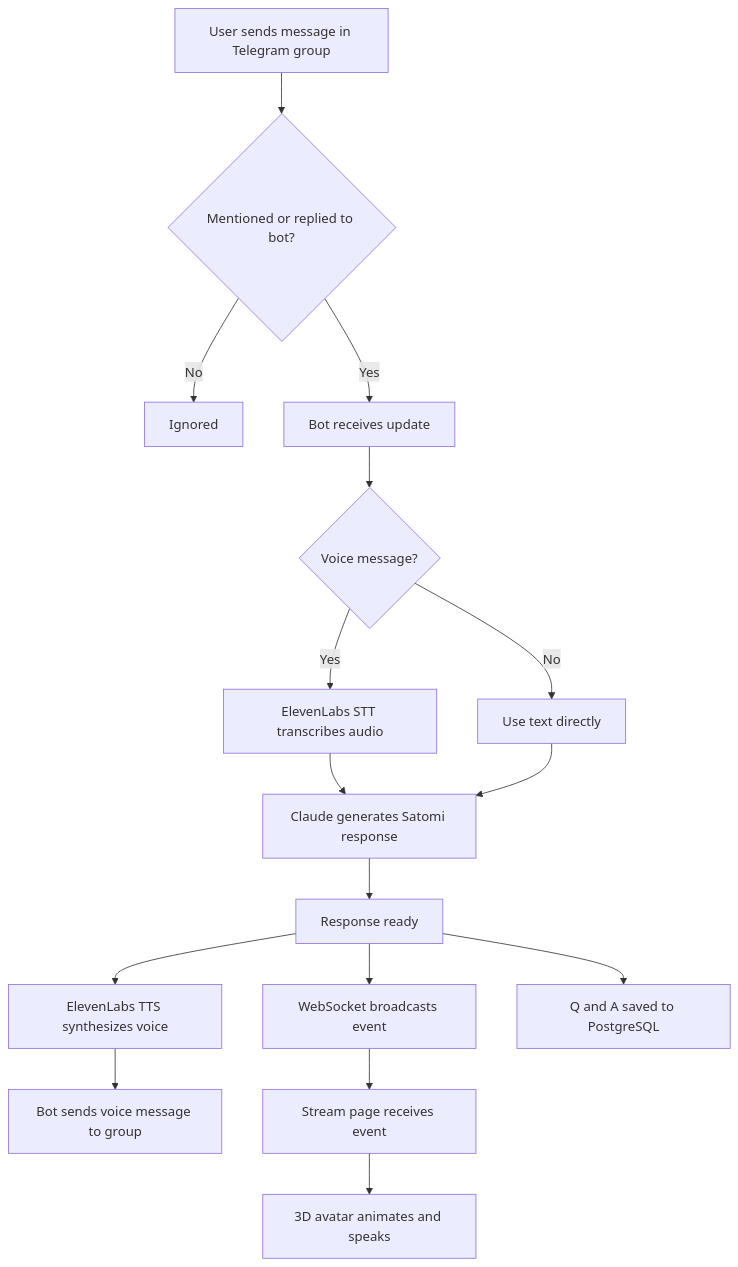
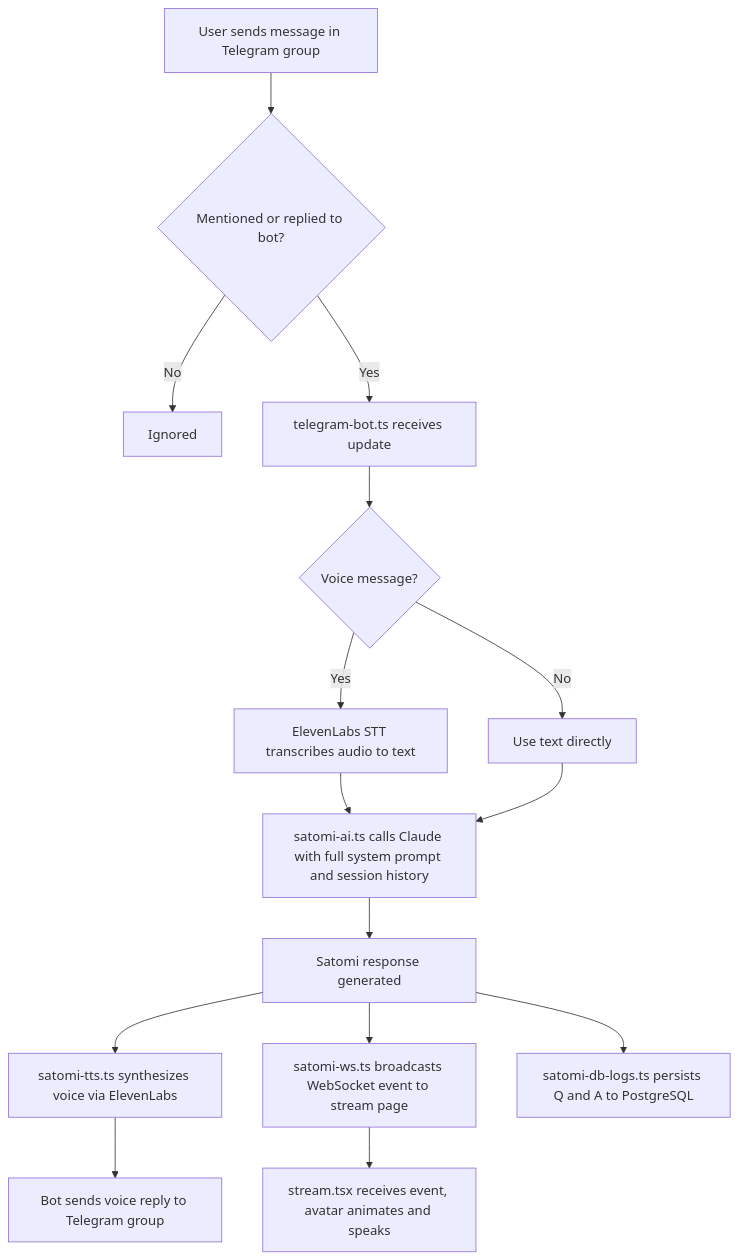
Before and after one commit to satominakamichi/.github: the first of 3 diagrams in profile/README.md, drawn with Mermaid. The commit also changed other lines of this file, not shown here.

Commit message:
update profile: detailed README with full architecture, features, and deployment docs

````diff
--- a/profile/README.md
+++ b/profile/README.md
@@ -23,18 +31,17 @@
   ```mermaid
   flowchart TD
       A[User sends message in Telegram group] --> B{Mentioned or replied to bot?}
       B -- No --> Z[Ignored]
-      B -- Yes --> C[Bot receives update]
+      B -- Yes --> C[telegram-bot.ts receives update]
       C --> D{Voice message?}
-      D -- Yes --> E[ElevenLabs STT transcribes audio]
+      D -- Yes --> E[ElevenLabs STT transcribes audio to text]
       D -- No --> F[Use text directly]
-      E --> G[Claude generates Satomi response]
+      E --> G[satomi-ai.ts calls Claude with full system prompt and session history]
       F --> G
-      G --> H[Response ready]
-      H --> I[ElevenLabs TTS synthesizes voice]
-      H --> J[WebSocket broadcasts event]
-      I --> K[Bot sends voice message to group]
-      J --> L[Stream page receives event]
-      L --> M[3D avatar animates and speaks]
-      H --> N[Q and A saved to PostgreSQL]
+      G --> H[Satomi response generated]
+      H --> I[satomi-tts.ts synthesizes voice via ElevenLabs]
+      H --> J[satomi-ws.ts broadcasts WebSocket event to stream page]
+      H --> K[satomi-db-logs.ts persists Q and A to PostgreSQL]
+      I --> L[Bot sends voice reply to Telegram group]
+      J --> M[stream.tsx receives event, avatar animates and speaks]
   ```
````
